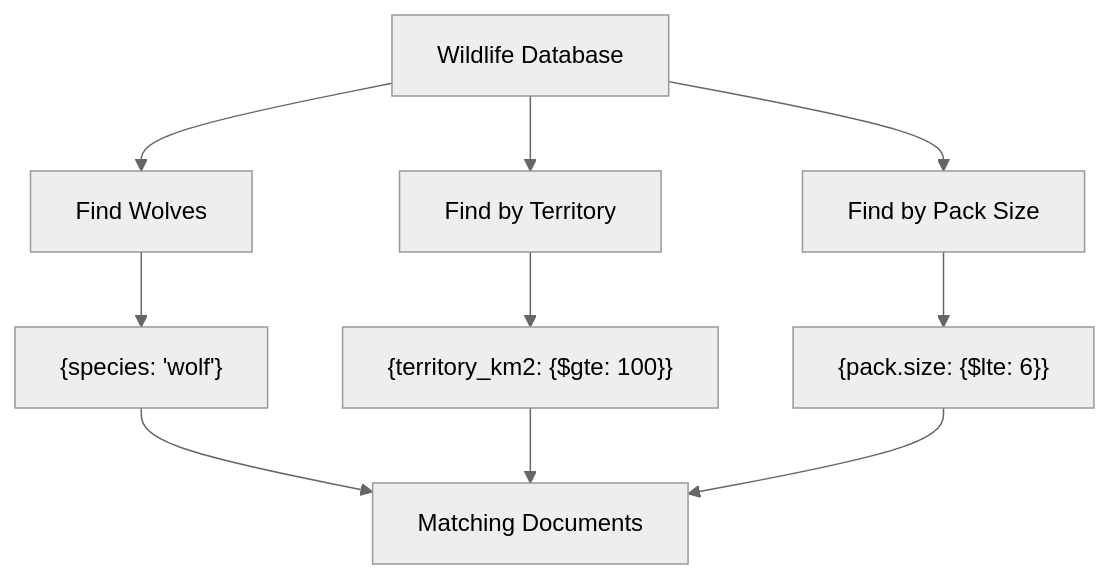
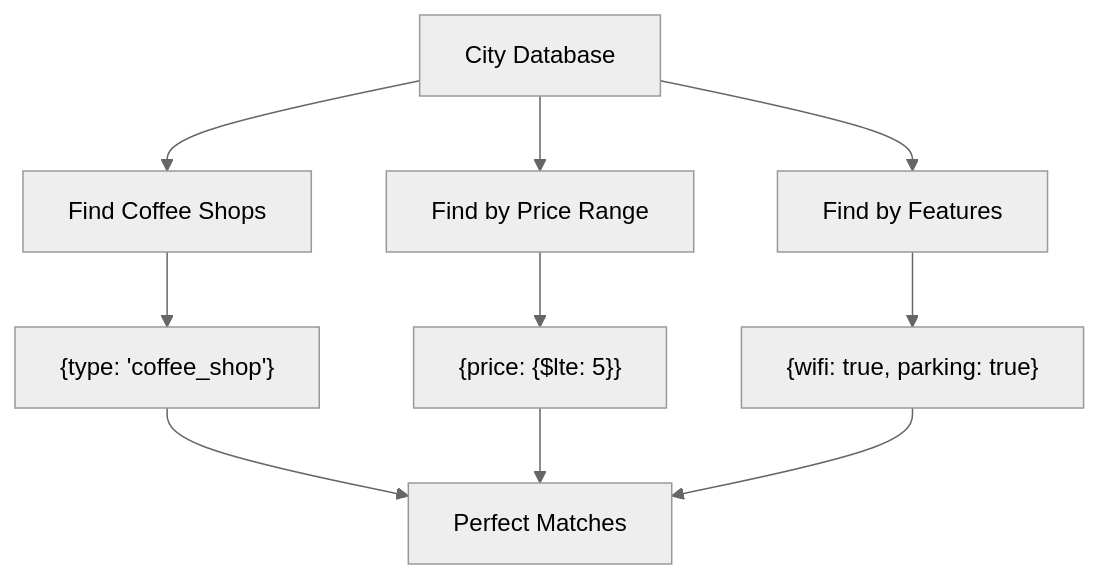
Before and after one commit to viswanathsandu/QuickGuides: the sixth of 11 diagrams in mongodb-nature-guide.md, drawn with Mermaid (neutral theme). The commit also changed other lines of this file, not shown here.

````diff
--- a/mongodb-nature-guide.md
+++ b/mongodb-nature-guide.md
@@ -353,14 +369,14 @@
 ```mermaid
 graph TD
-    A[Wildlife Database] --> B[Find Wolves]
-    A --> C[Find by Territory]
-    A --> D[Find by Pack Size]
+    A[City Database] --> B[Find Coffee Shops]
+    A --> C[Find by Price Range]
+    A --> D[Find by Features]
     
-    B --> B1["{species: 'wolf'}"]
-    C --> C1["{territory_km2: {$gte: 100}}"]
-    D --> D1["{pack.size: {$lte: 6}}"]
+    B --> B1["{type: 'coffee_shop'}"]
+    C --> C1["{price: {$lte: 5}}"]
+    D --> D1["{wifi: true, parking: true}"]
     
-    B1 --> E[Matching Documents]
+    B1 --> E[Perfect Matches]
     C1 --> E
     D1 --> E
 ```
````
